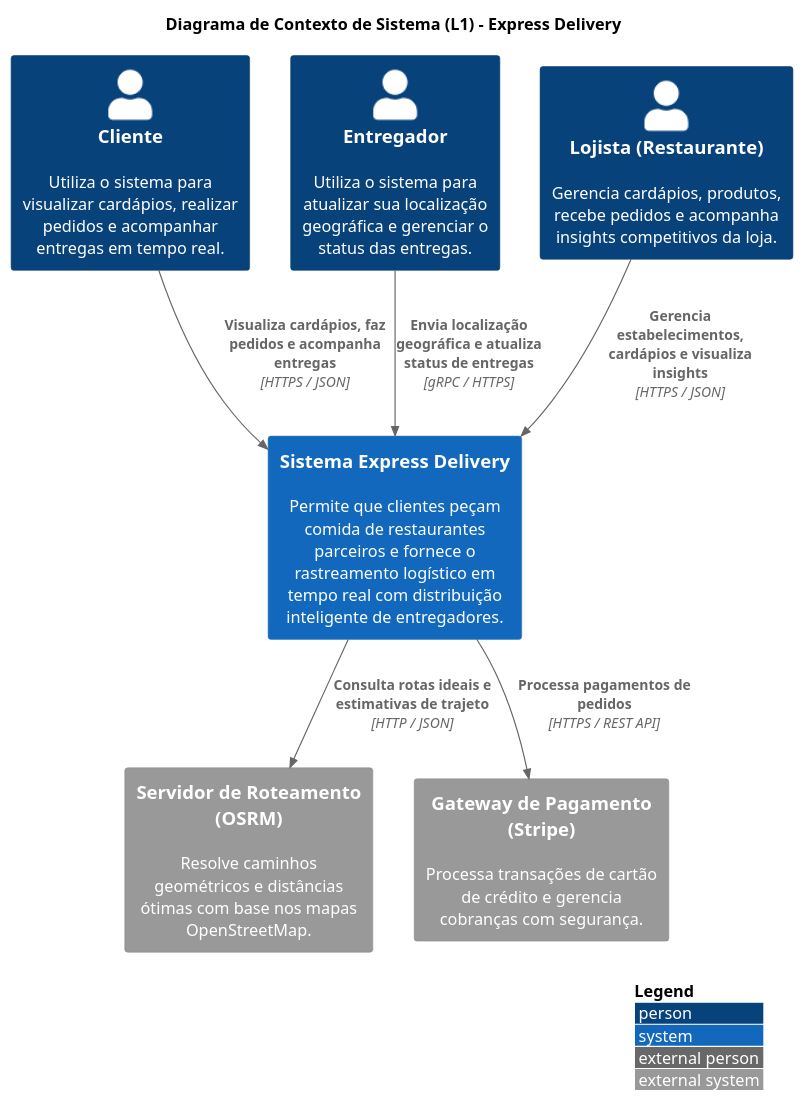
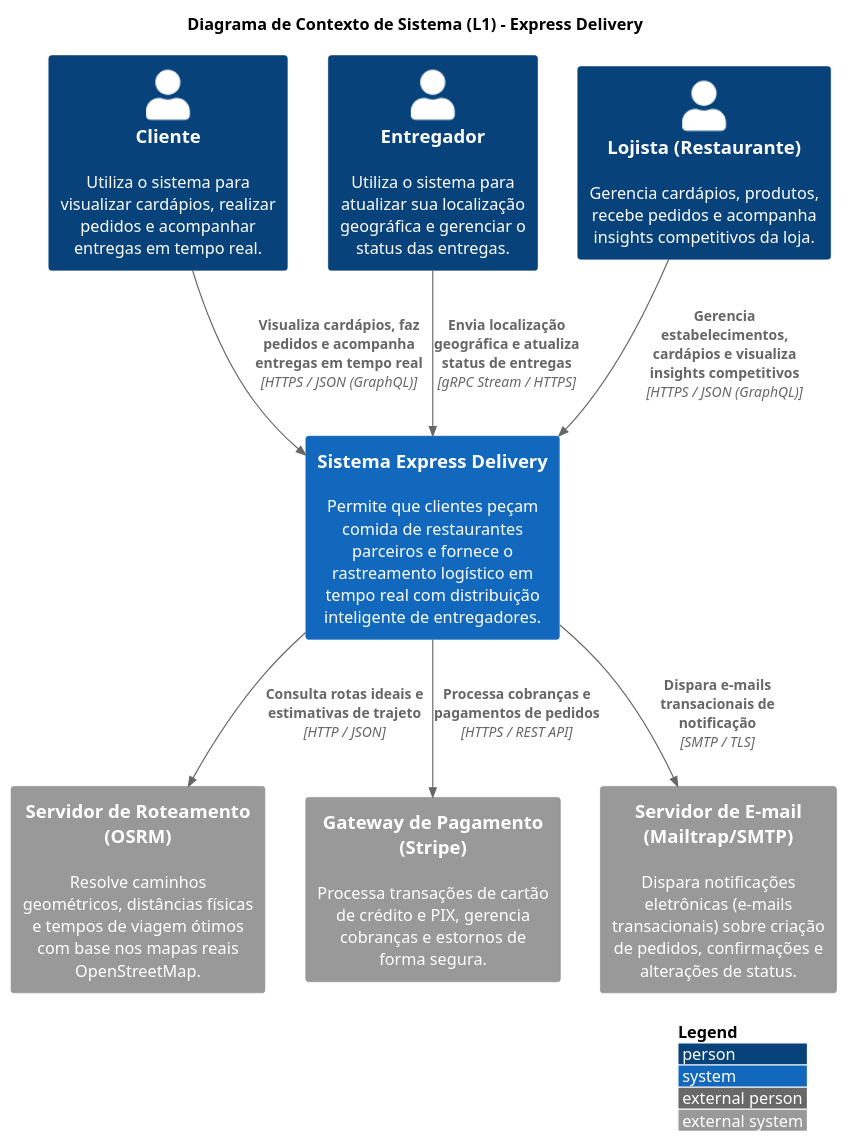
Before and after one commit to arthurair3s/arquitetura-de-software: the diagram in docs/c4/c4_l1_context.puml, drawn with PlantUML. The commit also changed 2 other files, not shown here.

Commit message:
melhora diagramas c4 adicionando mailtrap, rabbitmq consumer, opentelemetry sdk e detalhando fluxos

```diff
--- a/docs/c4/c4_l1_context.puml
+++ b/docs/c4/c4_l1_context.puml
@@ -1,35 +1,37 @@
 @startuml C4_L1_System_Context
 !include https://raw.githubusercontent.com/plantuml-stdlib/C4-PlantUML/master/C4_Context.puml
 
 LAYOUT_WITH_LEGEND()
 
 title Diagrama de Contexto de Sistema (L1) - Express Delivery
 
 ' -------------------------------------------------------------
 ' ATORES / PESSOAS
 ' -------------------------------------------------------------
 Person(cliente, "Cliente", "Utiliza o sistema para visualizar cardápios, realizar pedidos e acompanhar entregas em tempo real.")
 Person(entregador, "Entregador", "Utiliza o sistema para atualizar sua localização geográfica e gerenciar o status das entregas.")
 Person(lojista, "Lojista (Restaurante)", "Gerencia cardápios, produtos, recebe pedidos e acompanha insights competitivos da loja.")
 
 ' -------------------------------------------------------------
 ' SISTEMA PRINCIPAL
 ' -------------------------------------------------------------
 System(express_delivery, "Sistema Express Delivery", "Permite que clientes peçam comida de restaurantes parceiros e fornece o rastreamento logístico em tempo real com distribuição inteligente de entregadores.")
 
 ' -------------------------------------------------------------
 ' SISTEMAS EXTERNOS / DEPENDÊNCIAS
 ' -------------------------------------------------------------
-System_Ext(osrm_server, "Servidor de Roteamento (OSRM)", "Resolve caminhos geométricos e distâncias ótimas com base nos mapas OpenStreetMap.")
-System_Ext(stripe, "Gateway de Pagamento (Stripe)", "Processa transações de cartão de crédito e gerencia cobranças com segurança.")
+System_Ext(osrm_server, "Servidor de Roteamento (OSRM)", "Resolve caminhos geométricos, distâncias físicas e tempos de viagem ótimos com base nos mapas reais OpenStreetMap.")
+System_Ext(stripe, "Gateway de Pagamento (Stripe)", "Processa transações de cartão de crédito e PIX, gerencia cobranças e estornos de forma segura.")
+System_Ext(mailtrap, "Servidor de E-mail (Mailtrap/SMTP)", "Dispara notificações eletrônicas (e-mails transacionais) sobre criação de pedidos, confirmações e alterações de status.")
 
 ' -------------------------------------------------------------
 ' RELACIONAMENTOS
 ' -------------------------------------------------------------
-Rel(cliente, express_delivery, "Visualiza cardápios, faz pedidos e acompanha entregas", "HTTPS / JSON")
-Rel(entregador, express_delivery, "Envia localização geográfica e atualiza status de entregas", "gRPC / HTTPS")
-Rel(lojista, express_delivery, "Gerencia estabelecimentos, cardápios e visualiza insights", "HTTPS / JSON")
+Rel(cliente, express_delivery, "Visualiza cardápios, faz pedidos e acompanha entregas em tempo real", "HTTPS / JSON (GraphQL)")
+Rel(entregador, express_delivery, "Envia localização geográfica e atualiza status de entregas", "gRPC Stream / HTTPS")
+Rel(lojista, express_delivery, "Gerencia estabelecimentos, cardápios e visualiza insights competitivos", "HTTPS / JSON (GraphQL)")
 Rel(express_delivery, osrm_server, "Consulta rotas ideais e estimativas de trajeto", "HTTP / JSON")
-Rel(express_delivery, stripe, "Processa pagamentos de pedidos", "HTTPS / REST API")
+Rel(express_delivery, stripe, "Processa cobranças e pagamentos de pedidos", "HTTPS / REST API")
+Rel(express_delivery, mailtrap, "Dispara e-mails transacionais de notificação", "SMTP / TLS")
 
 @enduml
```
